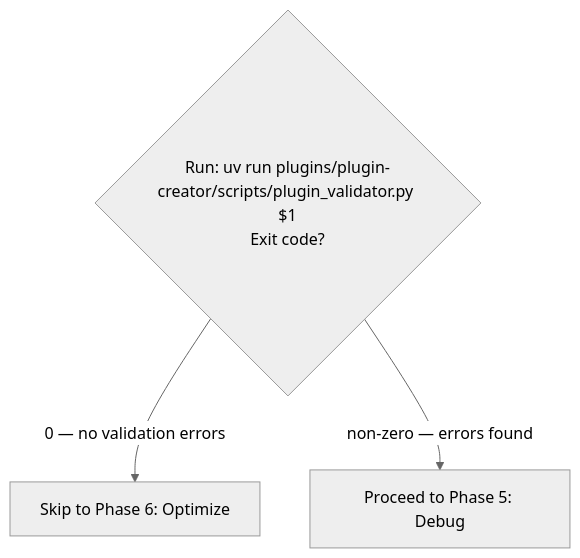
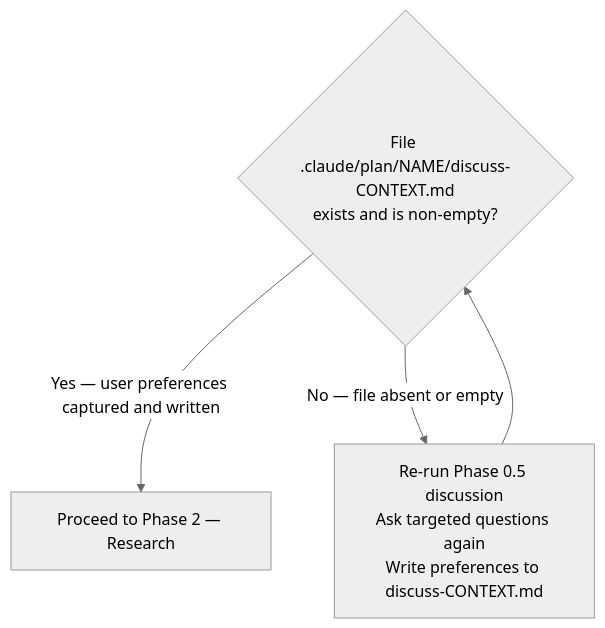
The third of 11 diagrams in plugins/plugin-creator/skills/plugin-lifecycle/SKILL.md (chgreer1070/claude_skills), drawn with Mermaid (neutral theme) before and after one commit. The commit also changed other lines of this file and 4 other files, not shown here.

````diff
--- a/plugins/plugin-creator/skills/plugin-lifecycle/SKILL.md
+++ b/plugins/plugin-creator/skills/plugin-lifecycle/SKILL.md
@@ -207,6 +227,7 @@
 ```mermaid
 flowchart TD
-    Q{"Run: uv run plugins/plugin-creator/scripts/plugin_validator.py $1<br>Exit code?"}
-    Q -->|"0 — no validation errors"| Skip["Skip to Phase 6: Optimize"]
-    Q -->|"non-zero — errors found"| Next["Proceed to Phase 5: Debug"]
+    Q{"File .claude/plan/NAME/discuss-CONTEXT.md<br>exists and is non-empty?"}
+    Q -->|"Yes — user preferences captured and written"| Next["Proceed to Phase 2 — Research"]
+    Q -->|"No — file absent or empty"| Retry["Re-run Phase 0.5 discussion<br>Ask targeted questions again<br>Write preferences to discuss-CONTEXT.md"]
+    Retry --> Q
 ```
````
